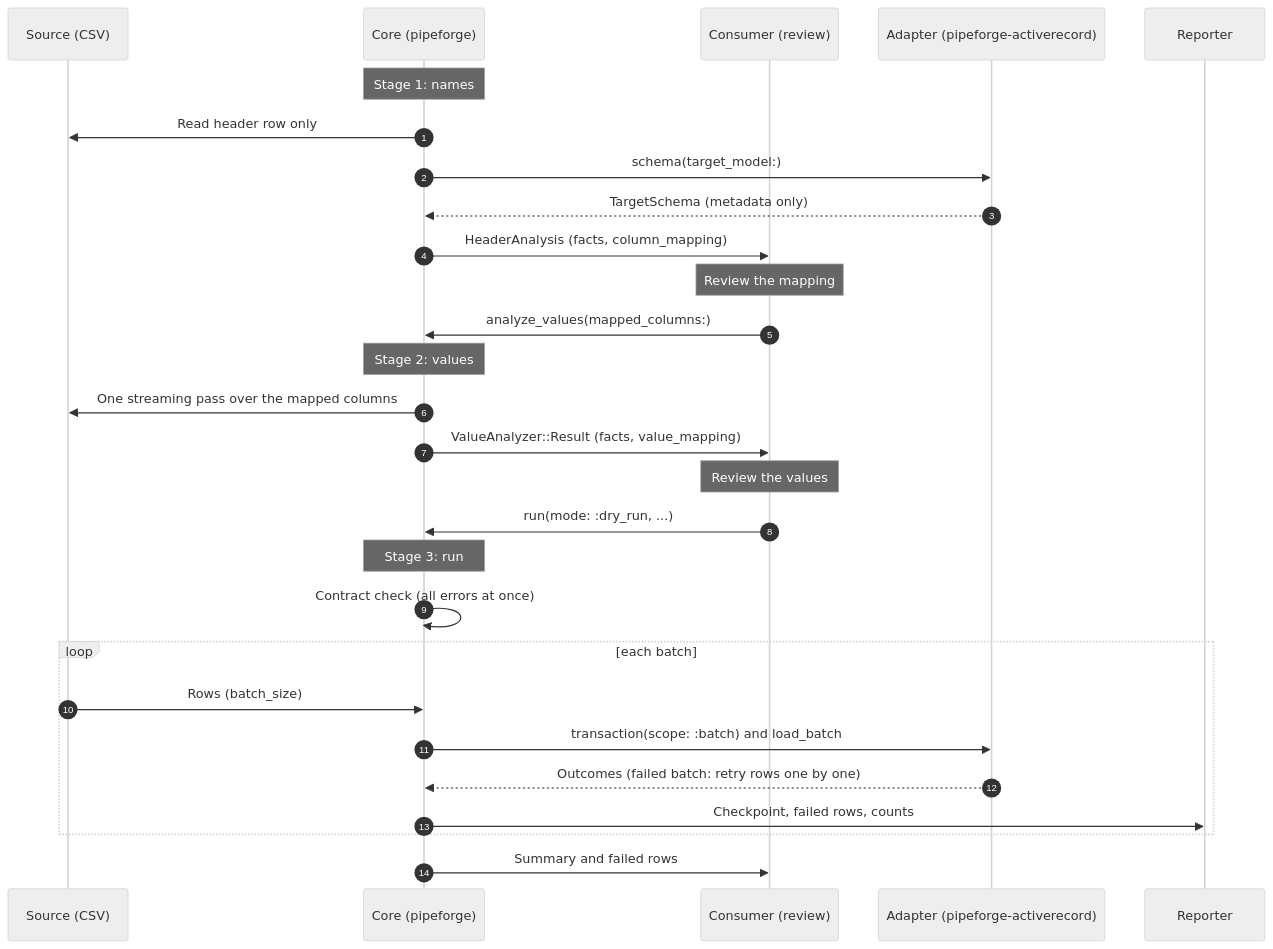
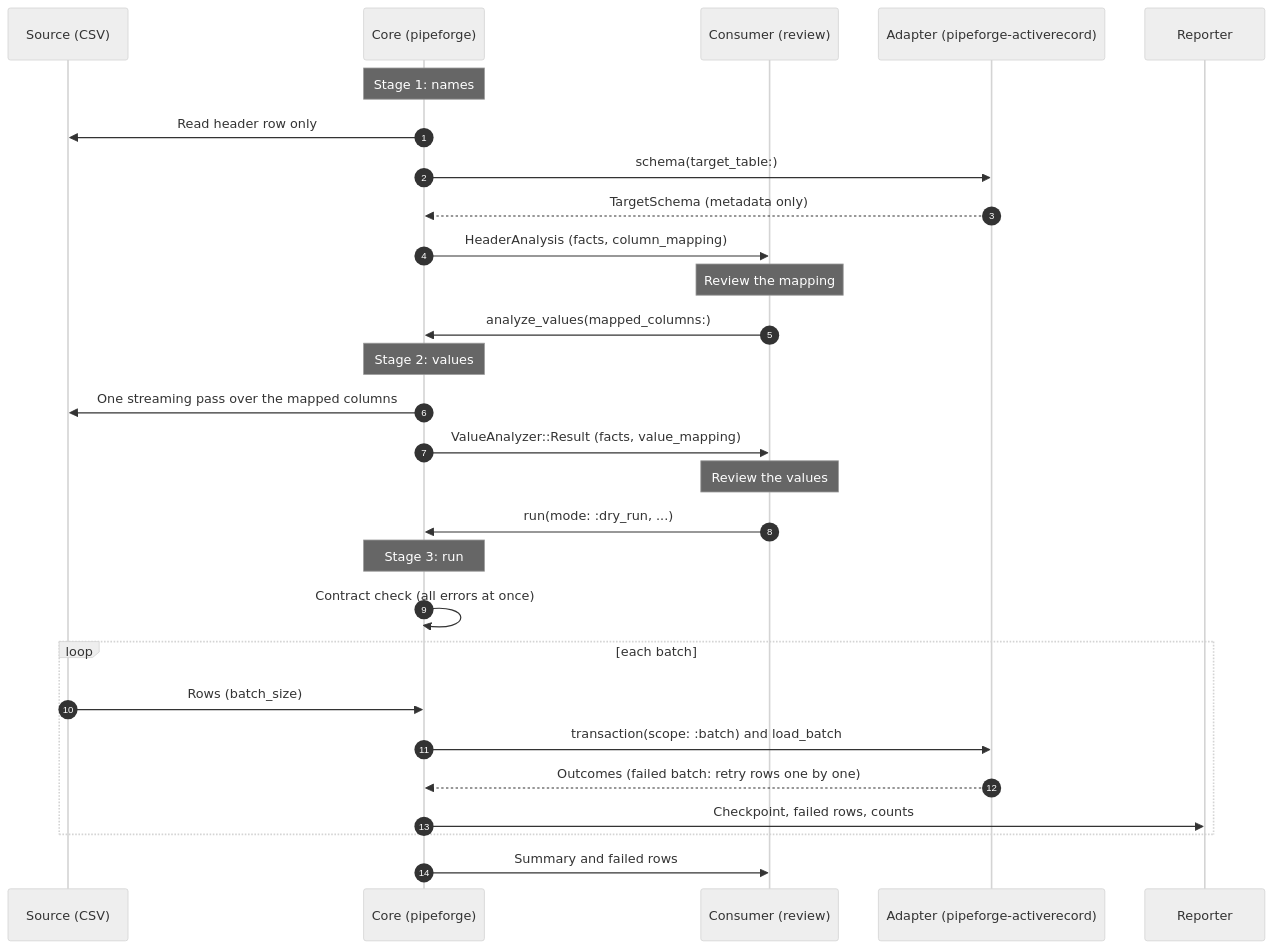
The second of 2 diagrams in docs/architecture/overview.md (venkydev02/Pipeforge), drawn with Mermaid (neutral theme) before and after one commit. The commit also changed other lines of this file and 2 other files, not shown here.

Commit message:
Name the target by table and prefix adapter error codes

````diff
--- a/docs/architecture/overview.md
+++ b/docs/architecture/overview.md
@@ -120,35 +120,35 @@
 ```mermaid
 sequenceDiagram
     autonumber
     participant Src as Source (CSV)
     participant Core as Core (pipeforge)
     participant Consumer as Consumer (review)
     participant Adapter as Adapter (pipeforge-activerecord)
     participant Rep as Reporter
 
     Note over Core: Stage 1: names
     Core->>Src: Read header row only
-    Core->>Adapter: schema(target_model:)
+    Core->>Adapter: schema(target_table:)
     Adapter-->>Core: TargetSchema (metadata only)
     Core->>Consumer: HeaderAnalysis (facts, column_mapping)
 
     Note over Consumer: Review the mapping
     Consumer->>Core: analyze_values(mapped_columns:)
 
     Note over Core: Stage 2: values
     Core->>Src: One streaming pass over the mapped columns
     Core->>Consumer: ValueAnalyzer::Result (facts, value_mapping)
 
     Note over Consumer: Review the values
     Consumer->>Core: run(mode: :dry_run, ...)
 
     Note over Core: Stage 3: run
     Core->>Core: Contract check (all errors at once)
     loop each batch
         Src->>Core: Rows (batch_size)
         Core->>Adapter: transaction(scope: :batch) and load_batch
         Adapter-->>Core: Outcomes (failed batch: retry rows one by one)
         Core->>Rep: Checkpoint, failed rows, counts
     end
     Core->>Consumer: Summary and failed rows
 ```
````
